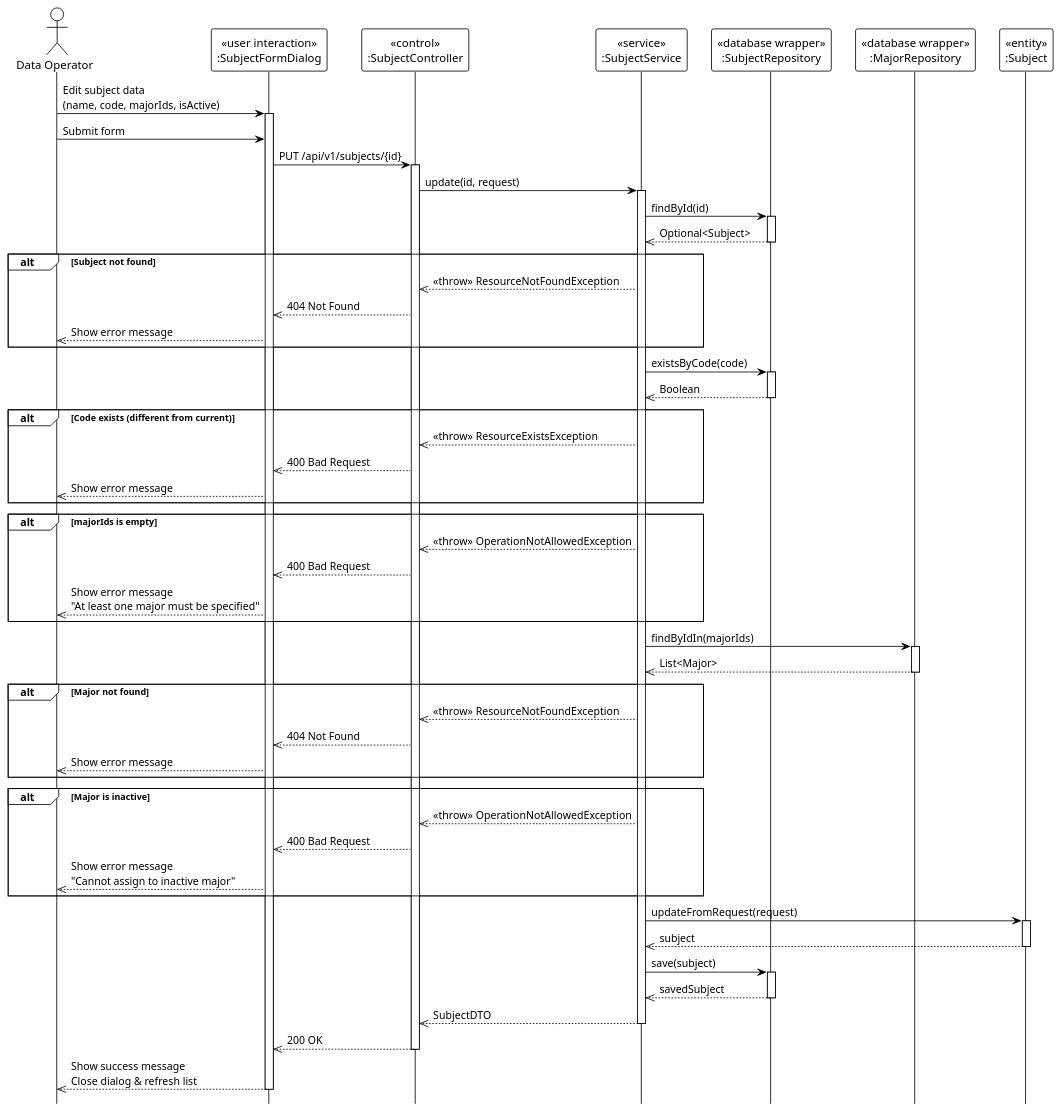
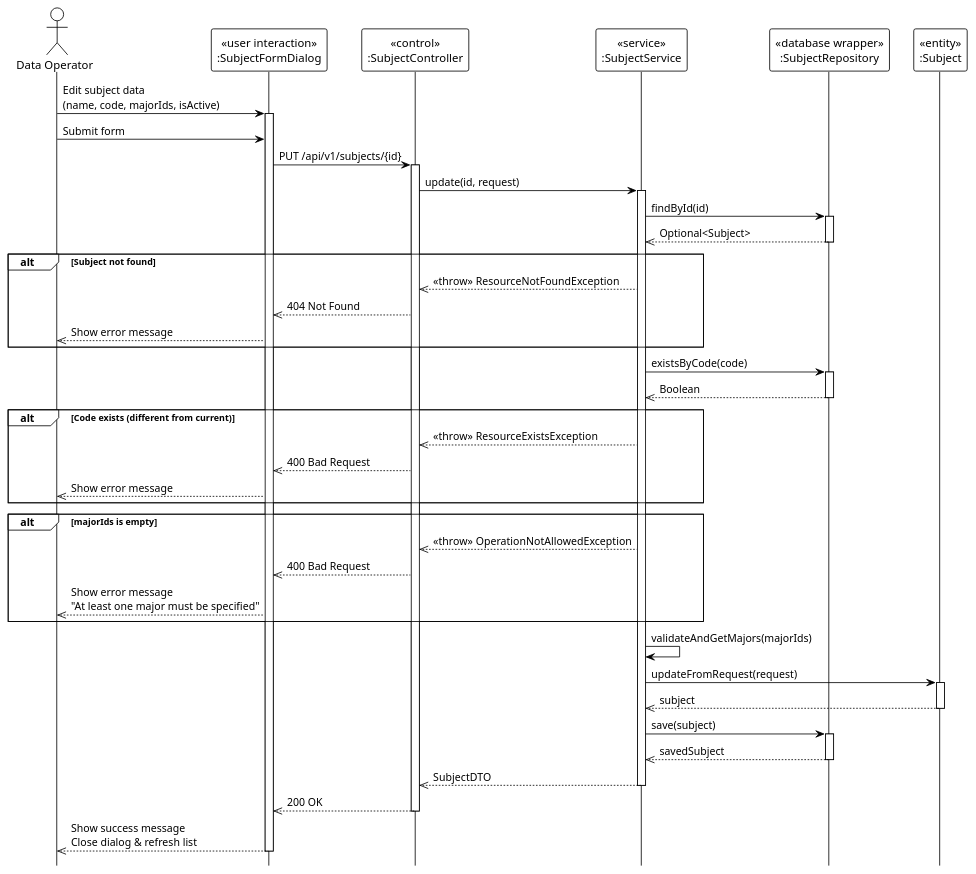
Before and after one commit to Ndh474/context: the diagram in system_detailed_design/20_update_subject/sequence_diagram_update_subject.puml, drawn with PlantUML. The commit also changed 12 other files, not shown here.

Commit message:
docs: Add detailed design sequence diagrams for slot, class, and subject management operations.

```diff
--- a/system_detailed_design/20_update_subject/sequence_diagram_update_subject.puml
+++ b/system_detailed_design/20_update_subject/sequence_diagram_update_subject.puml
@@ -1,95 +1,80 @@
 @startuml update_subject
 !theme plain
 hide footbox
 
 actor "Data Operator" as DataOperator
 
 participant "«user interaction»\n:SubjectFormDialog" as UI
 participant "«control»\n:SubjectController" as Controller
 participant "«service»\n:SubjectService" as Service
 participant "«database wrapper»\n:SubjectRepository" as Repository
-participant "«database wrapper»\n:MajorRepository" as MajorRepository
 participant "«entity»\n:Subject" as Entity
 
 ' === MAIN FLOW ===
 DataOperator -> UI: Edit subject data\n(name, code, majorIds, isActive)
 activate UI
 
 DataOperator -> UI: Submit form
 UI -> Controller: PUT /api/v1/subjects/{id}
 activate Controller
 
 Controller -> Service: update(id, request)
 activate Service
 
 ' === FIND EXISTING ===
 Service -> Repository: findById(id)
 activate Repository
 Repository -->> Service: Optional<Subject>
 deactivate Repository
 
 alt Subject not found
     Service -->> Controller: <<throw>> ResourceNotFoundException
     Controller -->> UI: 404 Not Found
     UI -->> DataOperator: Show error message
 end
 
 ' === VALIDATION: CODE UNIQUE ===
 Service -> Repository: existsByCode(code)
 activate Repository
 Repository -->> Service: Boolean
 deactivate Repository
 
 alt Code exists (different from current)
     Service -->> Controller: <<throw>> ResourceExistsException
     Controller -->> UI: 400 Bad Request
     UI -->> DataOperator: Show error message
 end
 
 ' === VALIDATION: MAJOR IDS ===
 alt majorIds is empty
     Service -->> Controller: <<throw>> OperationNotAllowedException
     Controller -->> UI: 400 Bad Request
     UI -->> DataOperator: Show error message\n"At least one major must be specified"
 end
 
-' === LOOKUP MAJORS ===
-Service -> MajorRepository: findByIdIn(majorIds)
-activate MajorRepository
-MajorRepository -->> Service: List<Major>
-deactivate MajorRepository
-
-alt Major not found
-    Service -->> Controller: <<throw>> ResourceNotFoundException
-    Controller -->> UI: 404 Not Found
-    UI -->> DataOperator: Show error message
-end
-
-alt Major is inactive
-    Service -->> Controller: <<throw>> OperationNotAllowedException
-    Controller -->> UI: 400 Bad Request
-    UI -->> DataOperator: Show error message\n"Cannot assign to inactive major"
-end
+' === LOOKUP MAJORS (Internal) ===
+Service -> Service: validateAndGetMajors(majorIds)
+' (Omitted interactions with MajorRepository for simplicity)
 
 ' === UPDATE ENTITY ===
 Service -> Entity: updateFromRequest(request)
 activate Entity
 Entity -->> Service: subject
 deactivate Entity
 
 ' === SAVE ===
 Service -> Repository: save(subject)
 activate Repository
 Repository -->> Service: savedSubject
 deactivate Repository
 
 Service -->> Controller: SubjectDTO
 deactivate Service
 
 Controller -->> UI: 200 OK
 deactivate Controller
 
 UI -->> DataOperator: Show success message\nClose dialog & refresh list
 deactivate UI
 
 @enduml
```
